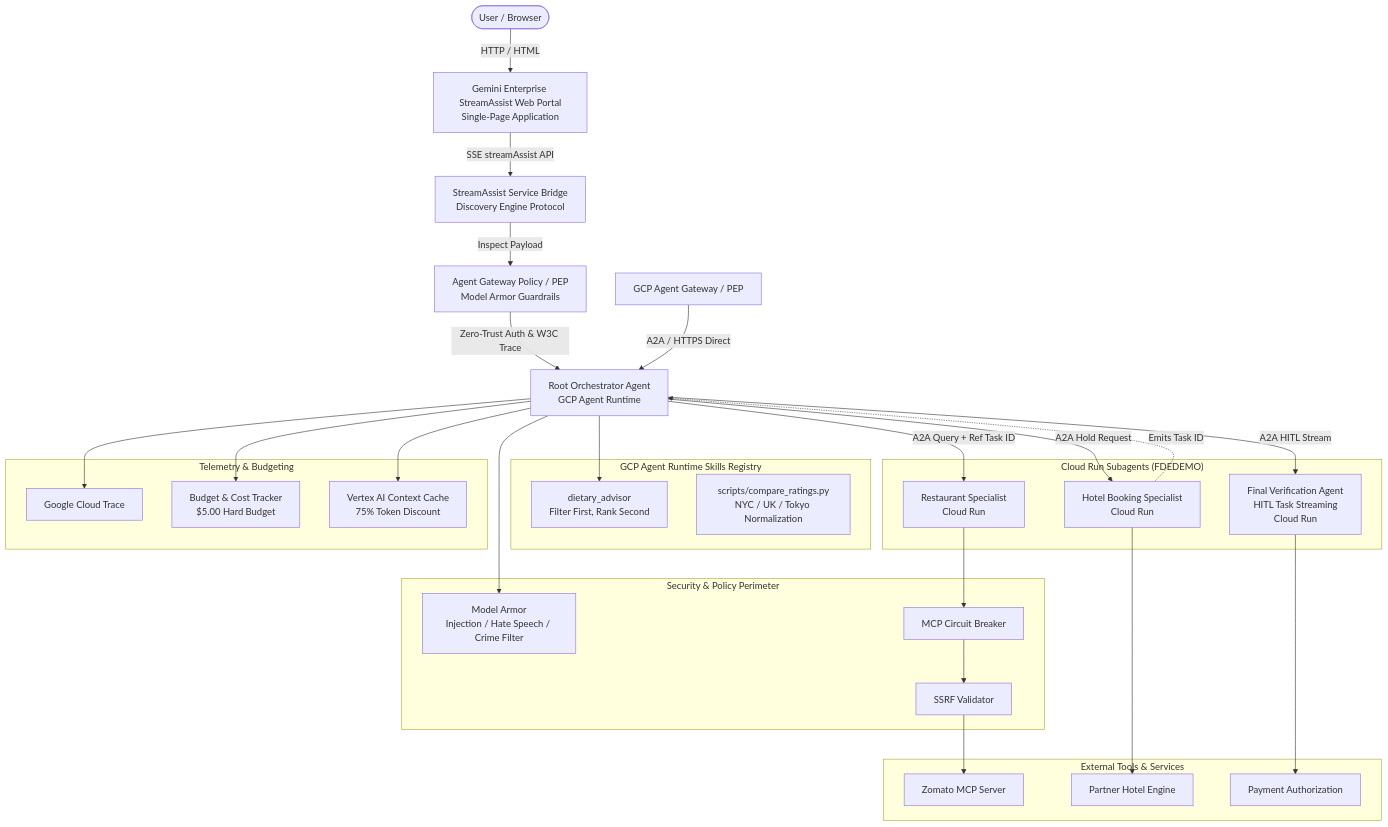
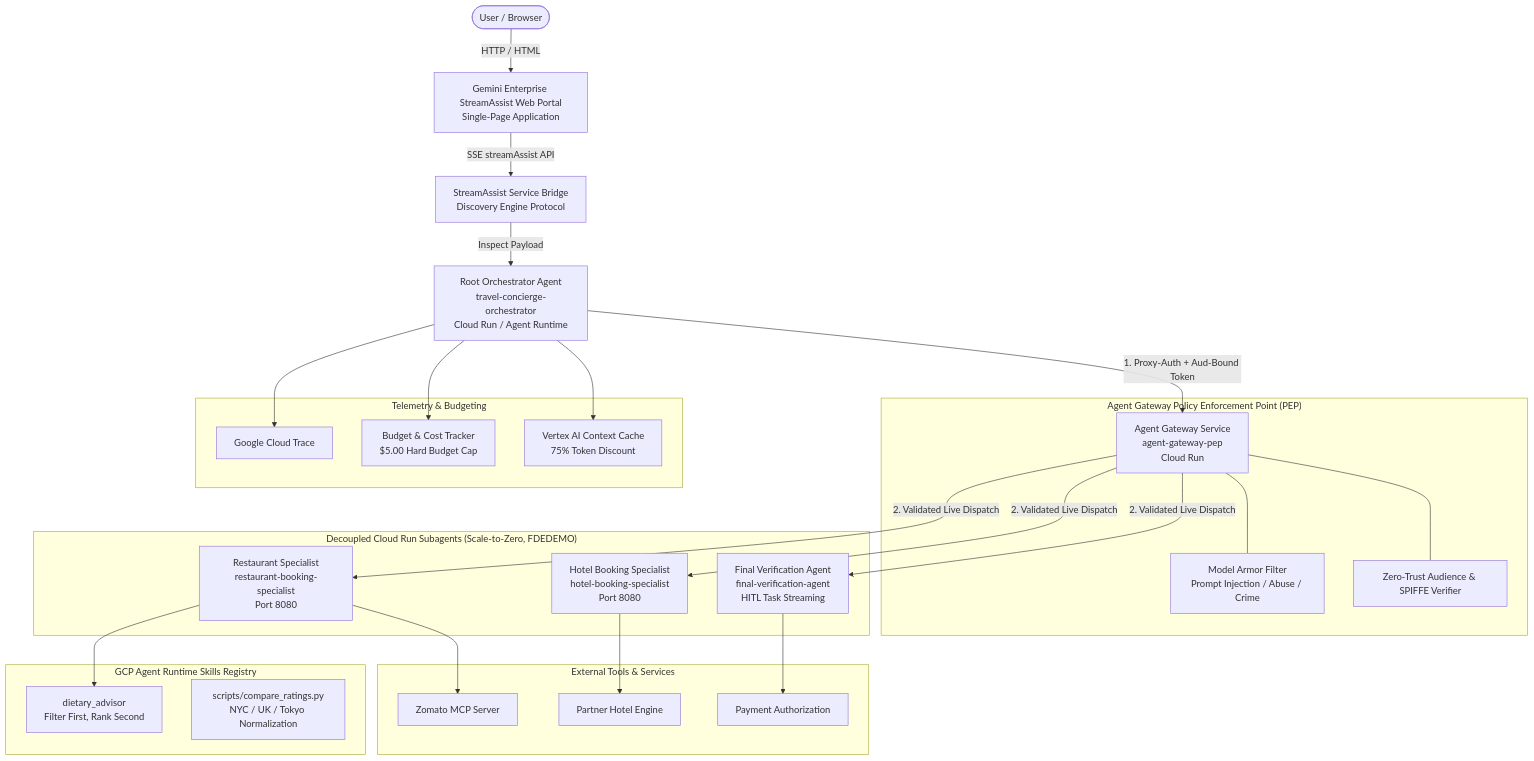
Before and after one commit to fgggithub/adkskillsdemo: the first of 3 diagrams in ARCHITECTURE.MD, drawn with Mermaid. The commit also changed other lines of this file and 29 other files, not shown here.

````diff
--- a/ARCHITECTURE.MD
+++ b/ARCHITECTURE.MD
@@ -9,55 +15,52 @@
 ```mermaid
 graph TD
     User([User / Browser]) -->|HTTP / HTML| PortalUI[Gemini Enterprise StreamAssist Web Portal<br/>Single-Page Application]
     PortalUI -->|SSE streamAssist API| StreamService[StreamAssist Service Bridge<br/>Discovery Engine Protocol]
-    StreamService -->|Inspect Payload| GatewayPolicy[Agent Gateway Policy / PEP<br/>Model Armor Guardrails]
-    GatewayPolicy -->|Zero-Trust Auth & W3C Trace| RootAgent[Root Orchestrator Agent<br/>GCP Agent Runtime]
-    AgentGateway[GCP Agent Gateway / PEP] -->|A2A / HTTPS Direct| RootAgent
+    StreamService -->|Inspect Payload| RootAgent[Root Orchestrator Agent<br/>travel-concierge-orchestrator<br/>Cloud Run / Agent Runtime]
     
-    subgraph Security & Policy ["Security & Policy Perimeter"]
-        ModelArmor[Model Armor<br/>Injection / Hate Speech / Crime Filter]
-        SSRF[SSRF Validator]
-        CircuitBreaker[MCP Circuit Breaker]
+    subgraph ZeroTrustGateway ["Agent Gateway Policy Enforcement Point (PEP)"]
+        GatewayServer[Agent Gateway Service<br/>agent-gateway-pep<br/>Cloud Run]
+        ModelArmor[Model Armor Filter<br/>Prompt Injection / Abuse / Crime]
+        AudienceVerifier[Zero-Trust Audience & SPIFFE Verifier]
+        GatewayServer --- ModelArmor
+        GatewayServer --- AudienceVerifier
+    end
+
+    subgraph Subagents ["Decoupled Cloud Run Subagents (Scale-to-Zero, FDEDEMO)"]
+        HotelAgent[Hotel Booking Specialist<br/>hotel-booking-specialist<br/>Port 8080]
+        RestaurantAgent[Restaurant Specialist<br/>restaurant-booking-specialist<br/>Port 8080]
+        VerificationAgent[Final Verification Agent<br/>final-verification-agent<br/>HITL Task Streaming]
     end
 
     subgraph SkillsRegistry ["GCP Agent Runtime Skills Registry"]
         DietarySkill[dietary_advisor<br/>Filter First, Rank Second]
         CompareRatings[scripts/compare_ratings.py<br/>NYC / UK / Tokyo Normalization]
-    end
-
-    subgraph Subagents ["Cloud Run Subagents (FDEDEMO)"]
-        HotelAgent[Hotel Booking Specialist<br/>Cloud Run]
-        RestaurantAgent[Restaurant Specialist<br/>Cloud Run]
-        VerificationAgent[Final Verification Agent<br/>HITL Task Streaming<br/>Cloud Run]
     end
 
     subgraph ExternalServices ["External Tools & Services"]
         ZomatoMCP[Zomato MCP Server]
         HotelService[Partner Hotel Engine]
         PaymentGateway[Payment Authorization]
     end
 
     subgraph Observability ["Telemetry & Budgeting"]
         CloudTrace[Google Cloud Trace]
-        BudgetTracker[Budget & Cost Tracker<br/>$5.00 Hard Budget]
+        BudgetTracker[Budget & Cost Tracker<br/>$5.00 Hard Budget Cap]
         ContextCache[Vertex AI Context Cache<br/>75% Token Discount]
     end
 
-    RootAgent --> ModelArmor
     RootAgent --> ContextCache
     RootAgent --> BudgetTracker
     RootAgent --> CloudTrace
-    RootAgent --> DietarySkill
 
-    RootAgent -->|A2A Hold Request| HotelAgent
+    %% Zero-Trust Gateway Interception
+    RootAgent -->|1. Proxy-Auth + Aud-Bound Token| GatewayServer
+    GatewayServer -->|2. Validated Live Dispatch| HotelAgent
+    GatewayServer -->|2. Validated Live Dispatch| RestaurantAgent
+    GatewayServer -->|2. Validated Live Dispatch| VerificationAgent
+
     HotelAgent --> HotelService
-    HotelAgent -.->|Emits Task ID| RootAgent
-
-    RootAgent -->|A2A Query + Ref Task ID| RestaurantAgent
-    RestaurantAgent --> CircuitBreaker
-    CircuitBreaker --> SSRF
-    SSRF --> ZomatoMCP
-
-    RootAgent -->|A2A HITL Stream| VerificationAgent
+    RestaurantAgent --> DietarySkill
+    RestaurantAgent --> ZomatoMCP
     VerificationAgent --> PaymentGateway
 ```
````
